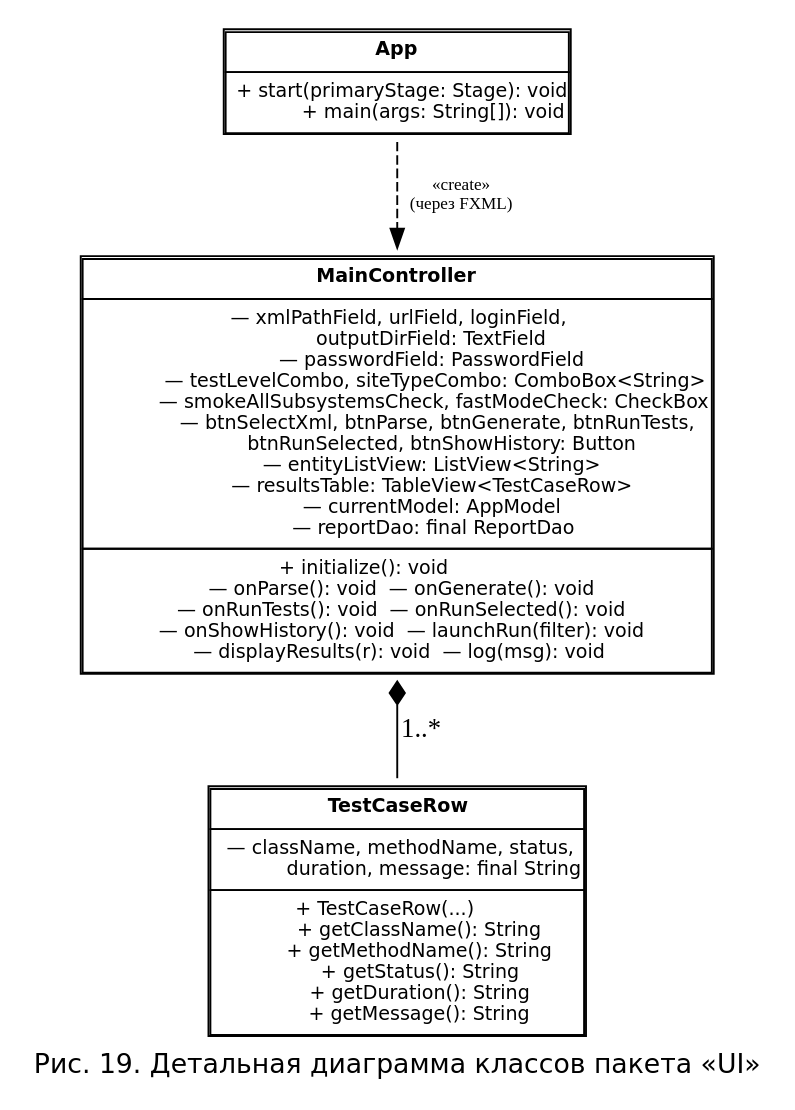
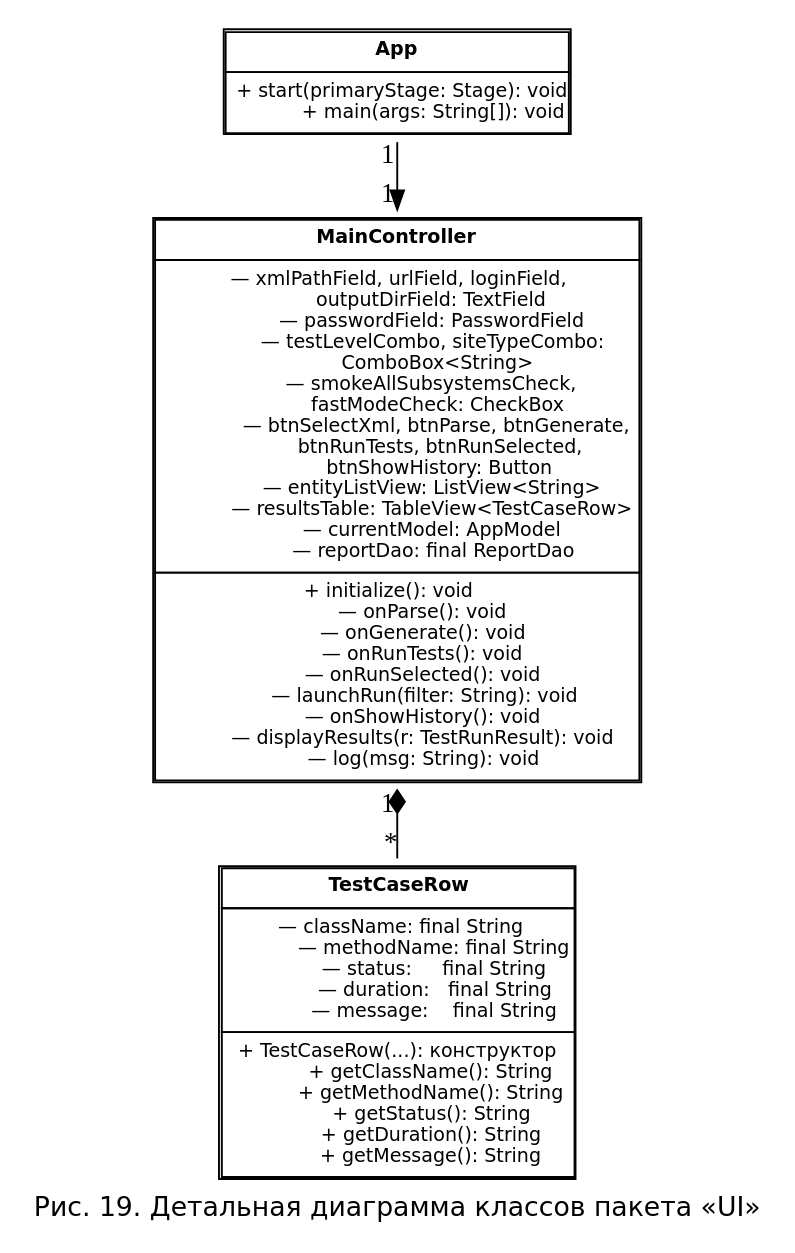
One commit to nastolbov/AutoTestGeneratorUpdate changed the diagram in diagrams/cls_ui_detail.dot. Above: the diagram before and after it, drawn with Graphviz. The commit also changed 45 other files, not shown here.

```diff
--- a/diagrams/cls_ui_detail.dot
+++ b/diagrams/cls_ui_detail.dot
@@ -1,50 +1,54 @@
 digraph UID {
     rankdir=TB; fontname="DejaVu Sans"; fontsize=14;
     label="Рис. 19. Детальная диаграмма классов пакета «UI»"; labelloc=b;
     nodesep=0.5;
     node [fontname="DejaVu Sans", fontsize=10, shape=plaintext];
 
-    App [label=<
-        <TABLE BORDER="1" CELLBORDER="1" CELLSPACING="0" CELLPADDING="4" BGCOLOR="white">
+    App [label=<<TABLE BORDER="1" CELLBORDER="1" CELLSPACING="0" CELLPADDING="4" BGCOLOR="white">
         <TR><TD ALIGN="CENTER"><B>App</B></TD></TR>
         <TR><TD ALIGN="LEFT">+ start(primaryStage: Stage): void<BR/>
-            + main(args: String[]): void</TD></TR>
-        </TABLE>>];
+            + main(args: String[]): void</TD></TR></TABLE>>];
 
-    MainController [label=<
-        <TABLE BORDER="1" CELLBORDER="1" CELLSPACING="0" CELLPADDING="4" BGCOLOR="white">
+    MainController [label=<<TABLE BORDER="1" CELLBORDER="1" CELLSPACING="0" CELLPADDING="4" BGCOLOR="white">
         <TR><TD ALIGN="CENTER"><B>MainController</B></TD></TR>
         <TR><TD ALIGN="LEFT">— xmlPathField, urlField, loginField,<BR/>
             outputDirField: TextField<BR/>
             — passwordField: PasswordField<BR/>
-            — testLevelCombo, siteTypeCombo: ComboBox&lt;String&gt;<BR/>
-            — smokeAllSubsystemsCheck, fastModeCheck: CheckBox<BR/>
-            — btnSelectXml, btnParse, btnGenerate, btnRunTests,<BR/>
-              btnRunSelected, btnShowHistory: Button<BR/>
+            — testLevelCombo, siteTypeCombo:<BR/>
+              ComboBox&lt;String&gt;<BR/>
+            — smokeAllSubsystemsCheck,<BR/>
+              fastModeCheck: CheckBox<BR/>
+            — btnSelectXml, btnParse, btnGenerate,<BR/>
+              btnRunTests, btnRunSelected,<BR/>
+              btnShowHistory: Button<BR/>
             — entityListView: ListView&lt;String&gt;<BR/>
             — resultsTable: TableView&lt;TestCaseRow&gt;<BR/>
             — currentModel: AppModel<BR/>
             — reportDao: final ReportDao</TD></TR>
         <TR><TD ALIGN="LEFT">+ initialize(): void<BR/>
-            — onParse(): void  — onGenerate(): void<BR/>
-            — onRunTests(): void  — onRunSelected(): void<BR/>
-            — onShowHistory(): void  — launchRun(filter): void<BR/>
-            — displayResults(r): void  — log(msg): void</TD></TR>
-        </TABLE>>];
+            — onParse(): void<BR/>
+            — onGenerate(): void<BR/>
+            — onRunTests(): void<BR/>
+            — onRunSelected(): void<BR/>
+            — launchRun(filter: String): void<BR/>
+            — onShowHistory(): void<BR/>
+            — displayResults(r: TestRunResult): void<BR/>
+            — log(msg: String): void</TD></TR></TABLE>>];
 
-    TestCaseRow [label=<
-        <TABLE BORDER="1" CELLBORDER="1" CELLSPACING="0" CELLPADDING="4" BGCOLOR="white">
+    TestCaseRow [label=<<TABLE BORDER="1" CELLBORDER="1" CELLSPACING="0" CELLPADDING="4" BGCOLOR="white">
         <TR><TD ALIGN="CENTER"><B>TestCaseRow</B></TD></TR>
-        <TR><TD ALIGN="LEFT">— className, methodName, status,<BR/>
-            duration, message: final String</TD></TR>
-        <TR><TD ALIGN="LEFT">+ TestCaseRow(...)<BR/>
+        <TR><TD ALIGN="LEFT">— className: final String<BR/>
+            — methodName: final String<BR/>
+            — status:     final String<BR/>
+            — duration:   final String<BR/>
+            — message:    final String</TD></TR>
+        <TR><TD ALIGN="LEFT">+ TestCaseRow(...): конструктор<BR/>
             + getClassName(): String<BR/>
             + getMethodName(): String<BR/>
             + getStatus(): String<BR/>
             + getDuration(): String<BR/>
-            + getMessage(): String</TD></TR>
-        </TABLE>>];
+            + getMessage(): String</TD></TR></TABLE>>];
 
-    App -> MainController [label="«create»\n(через FXML)", style=dashed, fontsize=9];
-    MainController -> TestCaseRow [arrowtail=diamond, dir=back, label="1..*"];
+    App -> MainController [taillabel="1", headlabel="1"];
+    MainController -> TestCaseRow [arrowtail=diamond, dir=back, taillabel="1", headlabel="*"];
 }
```
